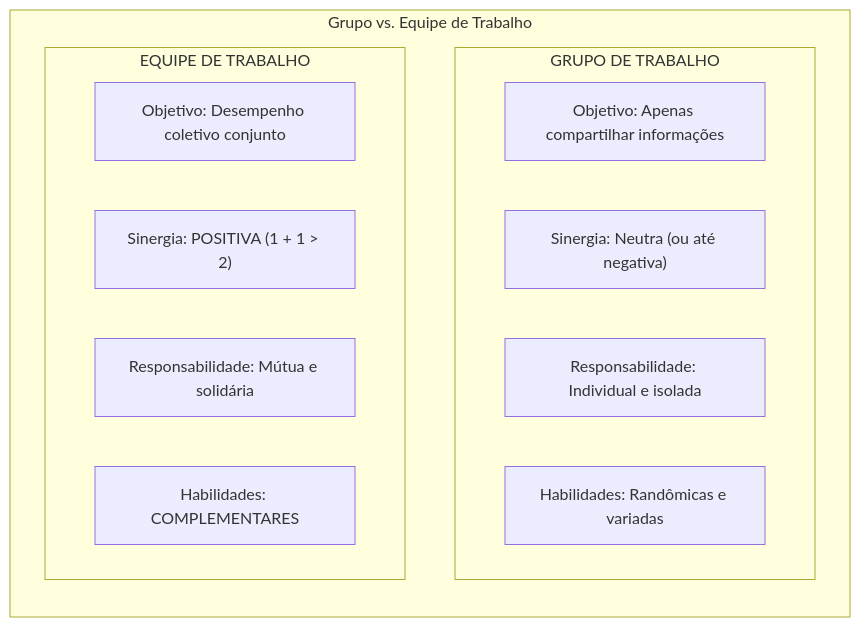
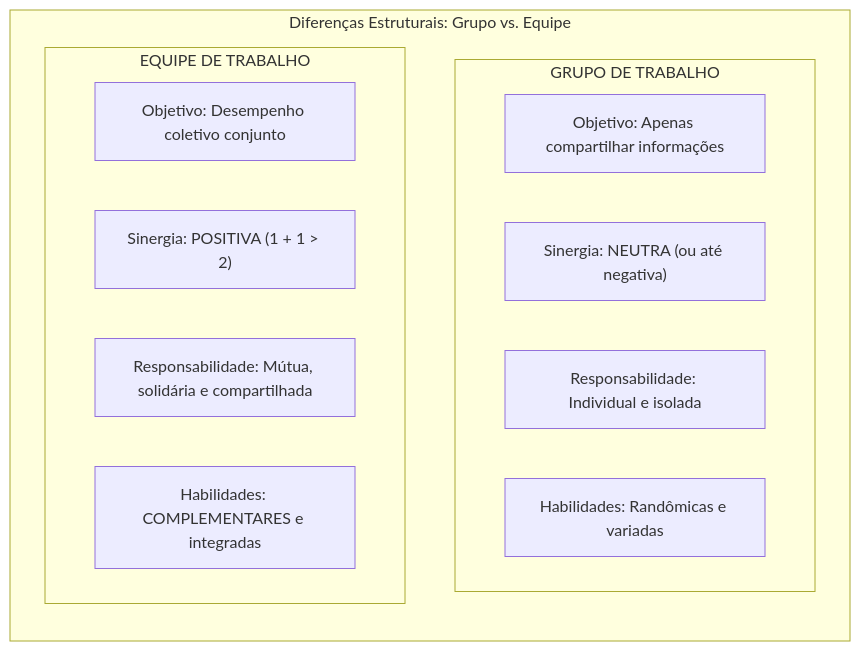
Before and after one commit to thiagosantos346/TCE-GO-2027: the first of 6 diagrams in fontes_de_estudo/conhecimentos_especificos_a01_tecnico_administrativo/24_comportamento_organizacional/02_grupos_equipes_lideranca_e_comunicacao_organizacional.md, drawn with Mermaid. The commit also changed other lines of this file and 119 other files, not shown here.

````diff
--- a/fontes_de_estudo/conhecimentos_especificos_a01_tecnico_administrativo/24_comportamento_organizacional/02_grupos_equipes_lideranca_e_comunicacao_organizacional.md
+++ b/fontes_de_estudo/conhecimentos_especificos_a01_tecnico_administrativo/24_comportamento_organizacional/02_grupos_equipes_lideranca_e_comunicacao_organizacional.md
@@ -80,19 +49,19 @@
 ```mermaid
 flowchart TD
-    subgraph Comparativo_Grupo_Equipe ["Grupo vs. Equipe de Trabalho"]
+    subgraph Comparativo_Grupo_Equipe ["Diferenças Estruturais: Grupo vs. Equipe"]
         direction TB
         subgraph Grupo ["GRUPO DE TRABALHO"]
             G1["Objetivo: Apenas compartilhar informações"]
-            G2["Sinergia: Neutra (ou até negativa)"]
+            G2["Sinergia: NEUTRA (ou até negativa)"]
             G3["Responsabilidade: Individual e isolada"]
             G4["Habilidades: Randômicas e variadas"]
         end
         
         subgraph Equipe ["EQUIPE DE TRABALHO"]
             E1["Objetivo: Desempenho coletivo conjunto"]
             E2["Sinergia: POSITIVA (1 + 1 > 2)"]
-            E3["Responsabilidade: Mútua e solidária"]
-            E4["Habilidades: COMPLEMENTARES"]
+            E3["Responsabilidade: Mútua, solidária e compartilhada"]
+            E4["Habilidades: COMPLEMENTARES e integradas"]
         end
     end
 ```
````
